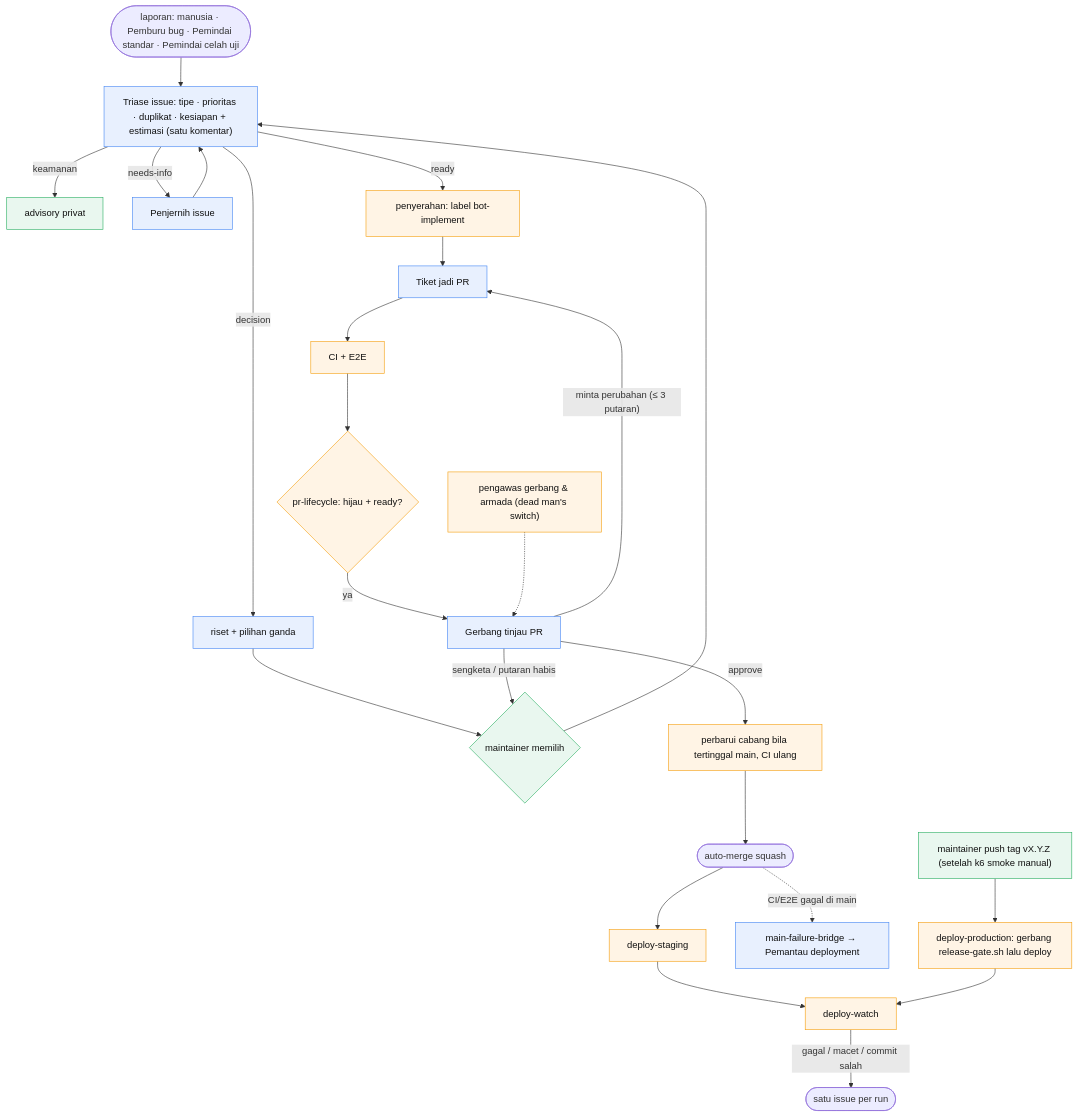
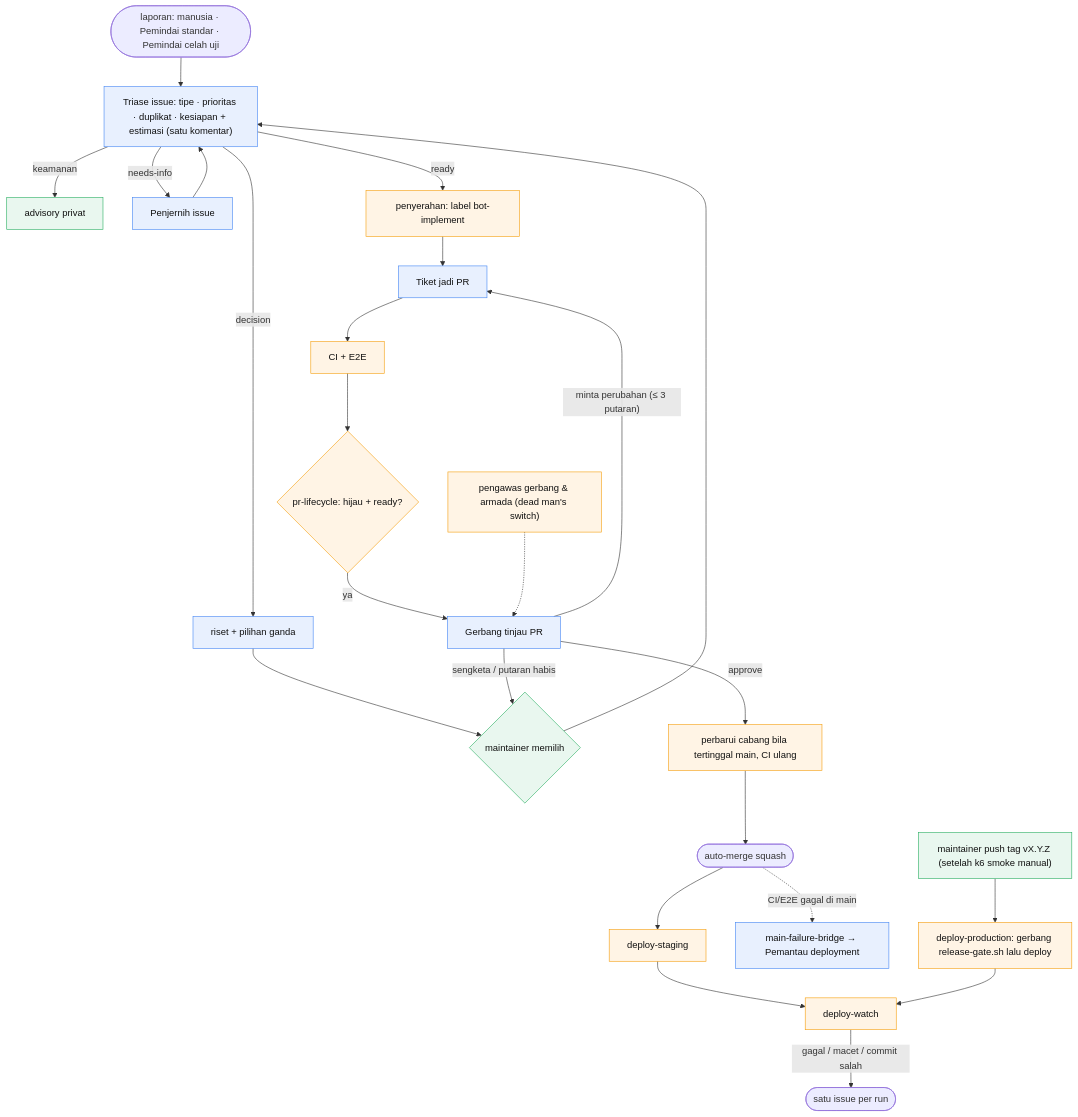
Before and after one commit to cipansor/cipansor: the first of 6 diagrams in docs/SDLC-FLOW.md, drawn with Mermaid. The commit also changed other lines of this file and 5 other files, not shown here.

````diff
--- a/docs/SDLC-FLOW.md
+++ b/docs/SDLC-FLOW.md
@@ -181,22 +186,22 @@
 ```mermaid
 flowchart TD
   classDef cloud fill:#e8f0fe,stroke:#4285f4,color:#111;
   classDef gh fill:#fff4e5,stroke:#f59e0b,color:#111;
   classDef human fill:#e9f7ef,stroke:#27ae60,color:#111;
 
-  IN(["laporan: manusia · Pemburu bug · Pemindai standar · Pemindai celah uji"]) --> TR["Triase issue: tipe · prioritas · duplikat · kesiapan + estimasi (satu komentar)"]:::cloud
+  IN(["laporan: manusia · Pemindai standar · Pemindai celah uji"]) --> TR["Triase issue: tipe · prioritas · duplikat · kesiapan + estimasi (satu komentar)"]:::cloud
   TR -- keamanan --> ADV["advisory privat"]:::human
   TR -- needs-info --> CL["Penjernih issue"]:::cloud --> TR
   TR -- decision --> DEC["riset + pilihan ganda"]:::cloud --> MD{"maintainer memilih"}:::human --> TR
   TR -- ready --> HO["penyerahan: label bot-implement"]:::gh --> IMP["Tiket jadi PR"]:::cloud
   IMP --> CI["CI + E2E"]:::gh --> LC{"pr-lifecycle: hijau + ready?"}:::gh
   LC -- ya --> GT["Gerbang tinjau PR"]:::cloud
   GT -- "minta perubahan (≤ 3 putaran)" --> IMP
   GT -- "sengketa / putaran habis" --> MD
   GT -- approve --> UPD["perbarui cabang bila tertinggal main, CI ulang"]:::gh --> MG(["auto-merge squash"])
   MG --> STG["deploy-staging"]:::gh --> DW["deploy-watch"]:::gh
   MG -. "CI/E2E gagal di main" .-> BR["main-failure-bridge → Pemantau deployment"]:::cloud
   REL["maintainer push tag vX.Y.Z (setelah k6 smoke manual)"]:::human --> PRD["deploy-production: gerbang release-gate.sh lalu deploy"]:::gh --> DW
   DW -- "gagal / macet / commit salah" --> ISS(["satu issue per run"])
   WD["pengawas gerbang & armada (dead man's switch)"]:::gh -.-> GT
 ```
````
